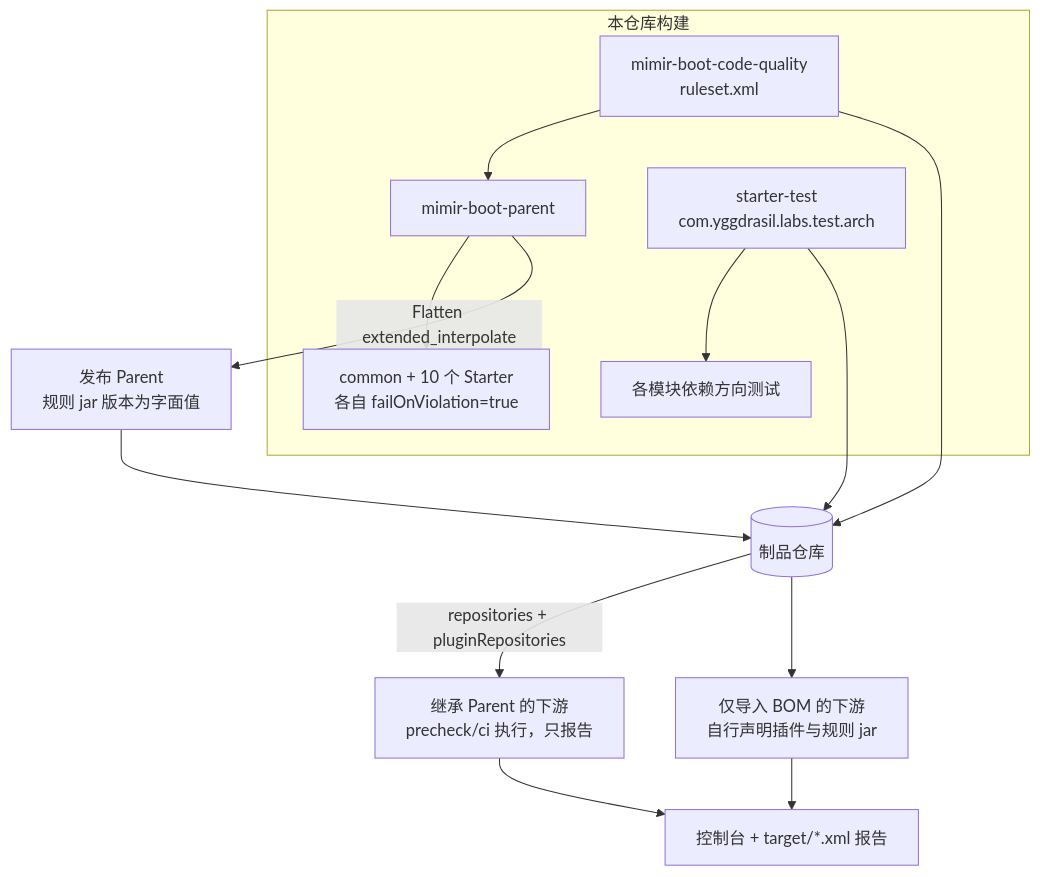
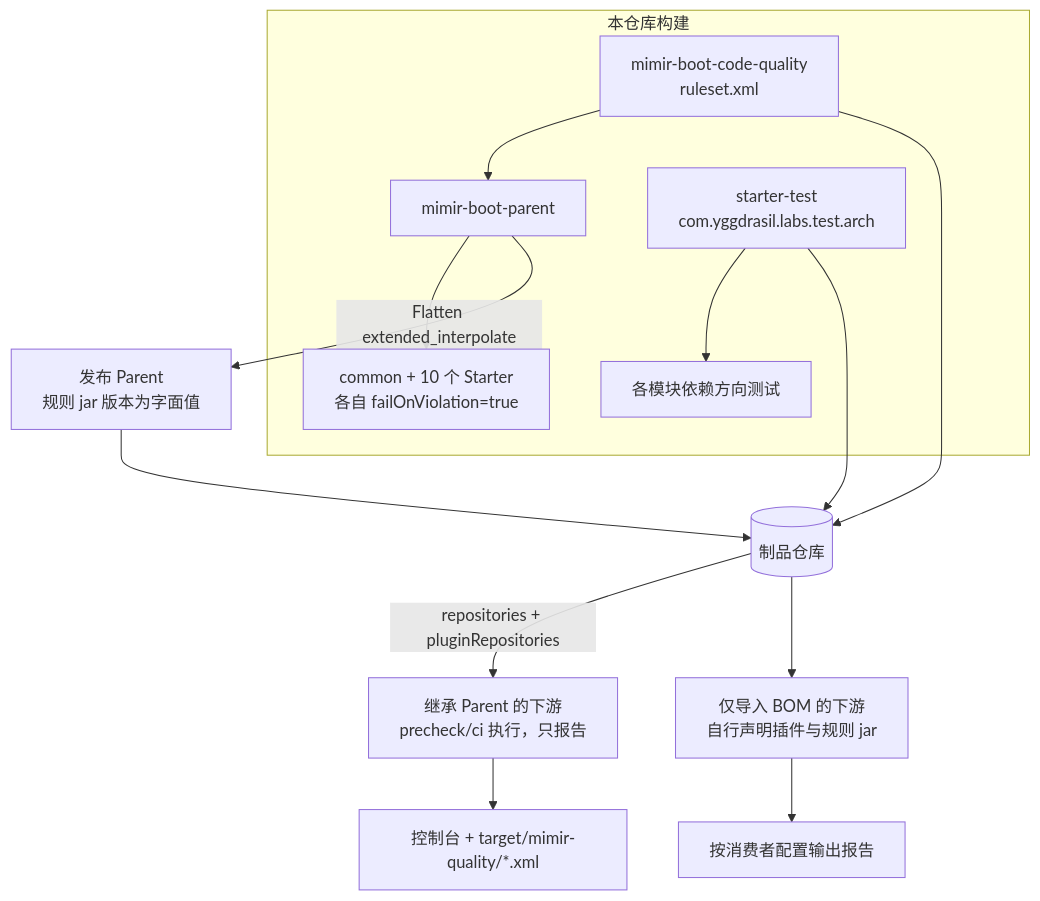
The diagram in docs/active/v2.4.0/code-quality-toolchain/design.md (Yggdrasil-Labs/mimir-boot), drawn with Mermaid before and after one commit. The commit also changed other lines of this file and 14 other files, not shown here.

````diff
--- a/docs/active/v2.4.0/code-quality-toolchain/design.md
+++ b/docs/active/v2.4.0/code-quality-toolchain/design.md
@@ -55,16 +55,16 @@
 ```mermaid
 flowchart TB
     subgraph Producer[本仓库构建]
         CQ[mimir-boot-code-quality<br/>ruleset.xml] --> P[mimir-boot-parent]
         P --> M[common + 10 个 Starter<br/>各自 failOnViolation=true]
         T[starter-test<br/>com.yggdrasil.labs.test.arch] --> MT[各模块依赖方向测试]
     end
     P -->|Flatten extended_interpolate| PP[发布 Parent<br/>规则 jar 版本为字面值]
     CQ --> REPO[(制品仓库)]
     PP --> REPO
     T --> REPO
     REPO -->|repositories + pluginRepositories| C1[继承 Parent 的下游<br/>precheck/ci 执行，只报告]
     REPO --> C2[仅导入 BOM 的下游<br/>自行声明插件与规则 jar]
-    C1 --> OUT[控制台 + target/*.xml 报告]
-    C2 --> OUT
+    C1 --> OUT[控制台 + target/mimir-quality/*.xml]
+    C2 --> OUT2[按消费者配置输出报告]
 ```
````
